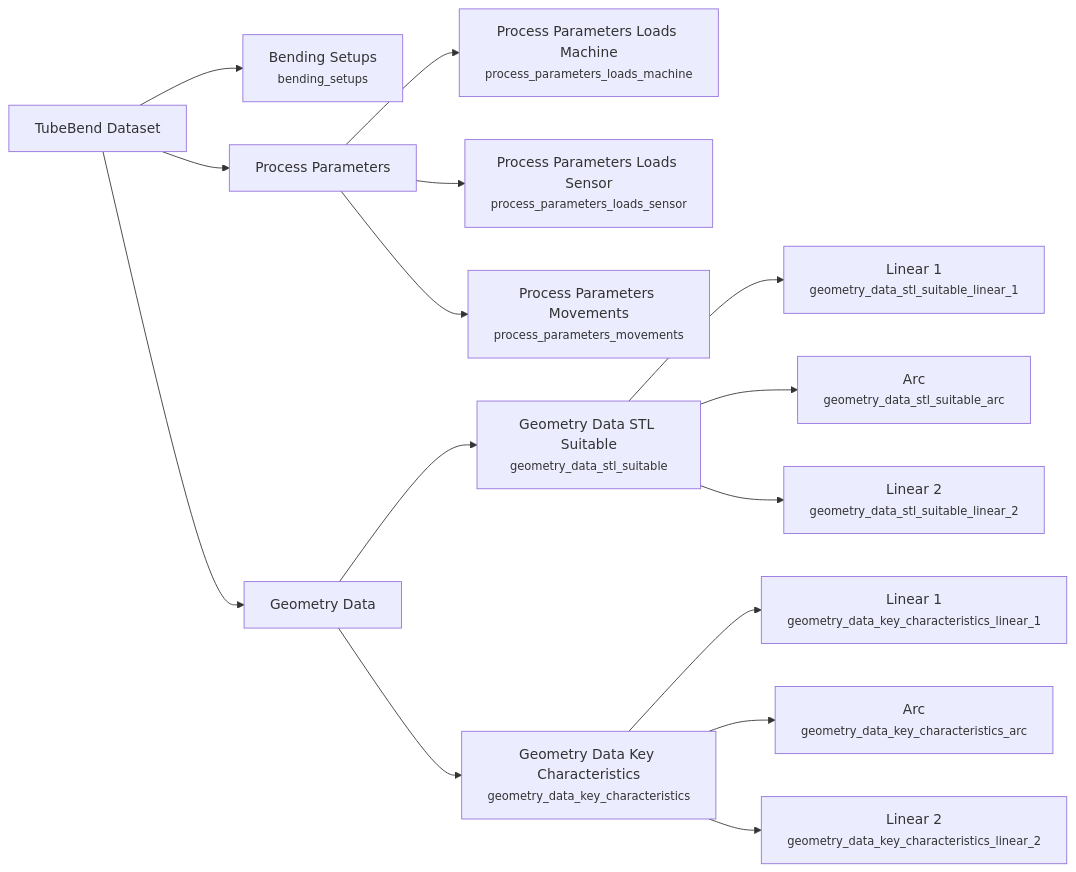
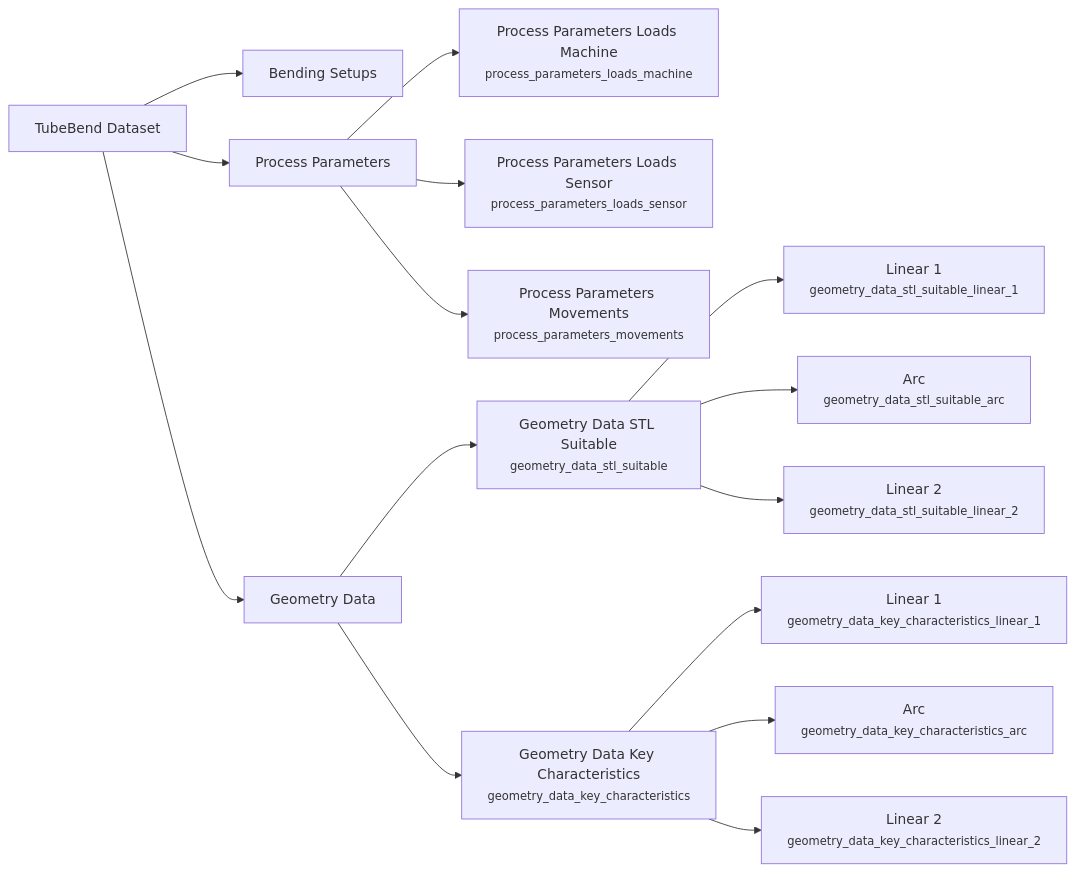
Before and after one commit to zeyneddinoz/tubebend: the diagram in README.md, drawn with Mermaid.

````diff
--- a/README.md
+++ b/README.md
@@ -58,21 +58,21 @@
 ```mermaid
 graph LR
-    TB[TubeBend Dataset] --> BS[Bending Setups<br/><small>bending_setups</small>]
+    TB[TubeBend Dataset] --> BS[Bending Setups]
     TB --> PP[Process Parameters]
     TB --> GD[Geometry Data]
     
     PP --> PPLM[Process Parameters Loads Machine<br/><small>process_parameters_loads_machine</small>]
     PP --> PPLS[Process Parameters Loads Sensor<br/><small>process_parameters_loads_sensor</small>]
     PP --> PPM[Process Parameters Movements<br/><small>process_parameters_movements</small>]
     
     GD --> GDSL[Geometry Data STL Suitable<br/><small>geometry_data_stl_suitable</small>]
     GD --> GDKC[Geometry Data Key Characteristics<br/><small>geometry_data_key_characteristics</small>]
     
     GDSL --> GDSL1[Linear 1<br/><small>geometry_data_stl_suitable_linear_1</small>]
     GDSL --> GDSLA[Arc<br/><small>geometry_data_stl_suitable_arc</small>]
     GDSL --> GDSL2[Linear 2<br/><small>geometry_data_stl_suitable_linear_2</small>]
     
     GDKC --> GDKCL1[Linear 1<br/><small>geometry_data_key_characteristics_linear_1</small>]
     GDKC --> GDKCA[Arc<br/><small>geometry_data_key_characteristics_arc</small>]
     GDKC --> GDKCL2[Linear 2<br/><small>geometry_data_key_characteristics_linear_2</small>]
 ```
````
